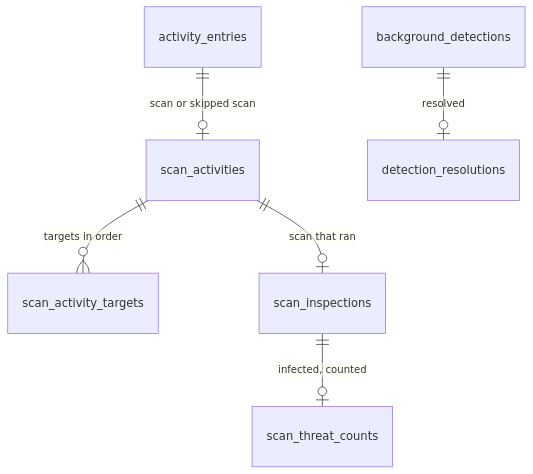
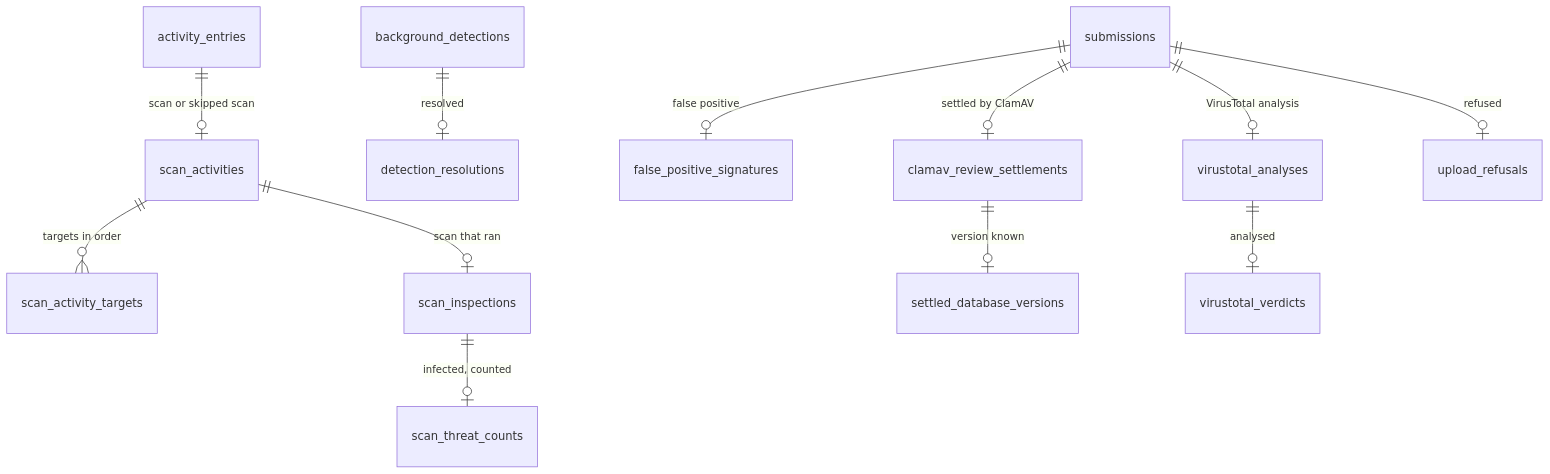
Before and after one commit to wvhulle/clamui: the sixth of 8 diagrams in docs/architecture.md, drawn with Mermaid. The commit also changed other lines of this file and 2 other files, not shown here.

First line of the commit message:
fix(submissions): tie submission details to their status

````diff
--- a/docs/architecture.md
+++ b/docs/architecture.md
@@ -161,8 +161,14 @@
 ```mermaid
 erDiagram
     activity_entries ||--o| scan_activities : "scan or skipped scan"
     scan_activities ||--o{ scan_activity_targets : "targets in order"
     scan_activities ||--o| scan_inspections : "scan that ran"
     scan_inspections ||--o| scan_threat_counts : "infected, counted"
     background_detections ||--o| detection_resolutions : "resolved"
+    submissions ||--o| false_positive_signatures : "false positive"
+    submissions ||--o| clamav_review_settlements : "settled by ClamAV"
+    clamav_review_settlements ||--o| settled_database_versions : "version known"
+    submissions ||--o| virustotal_analyses : "VirusTotal analysis"
+    virustotal_analyses ||--o| virustotal_verdicts : "analysed"
+    submissions ||--o| upload_refusals : "refused"
 ```
````
